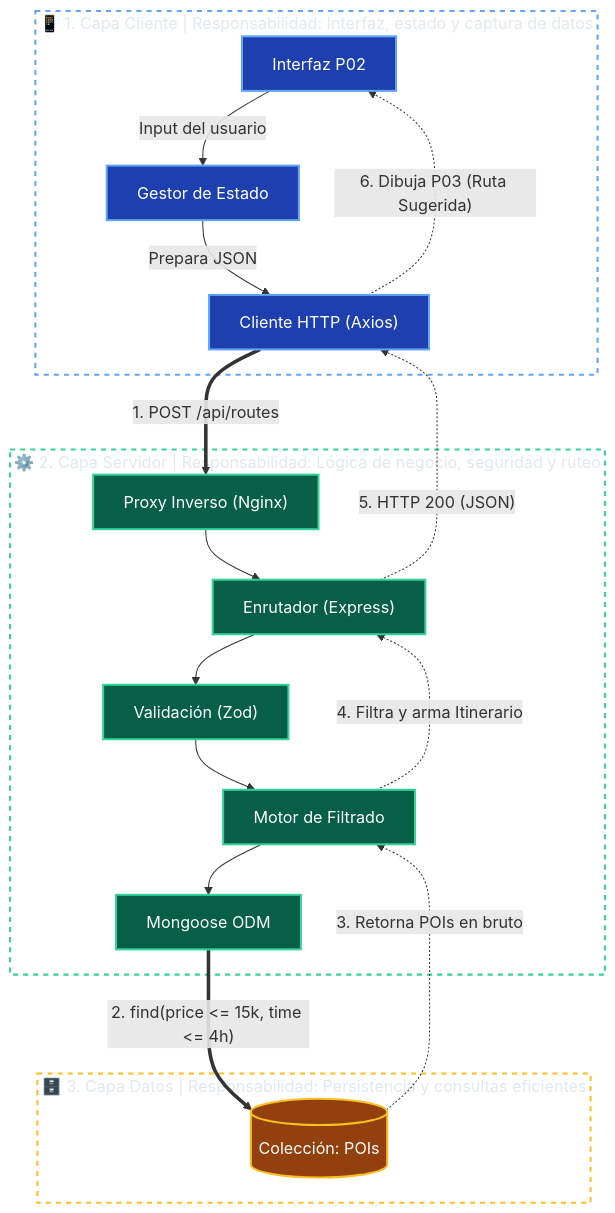
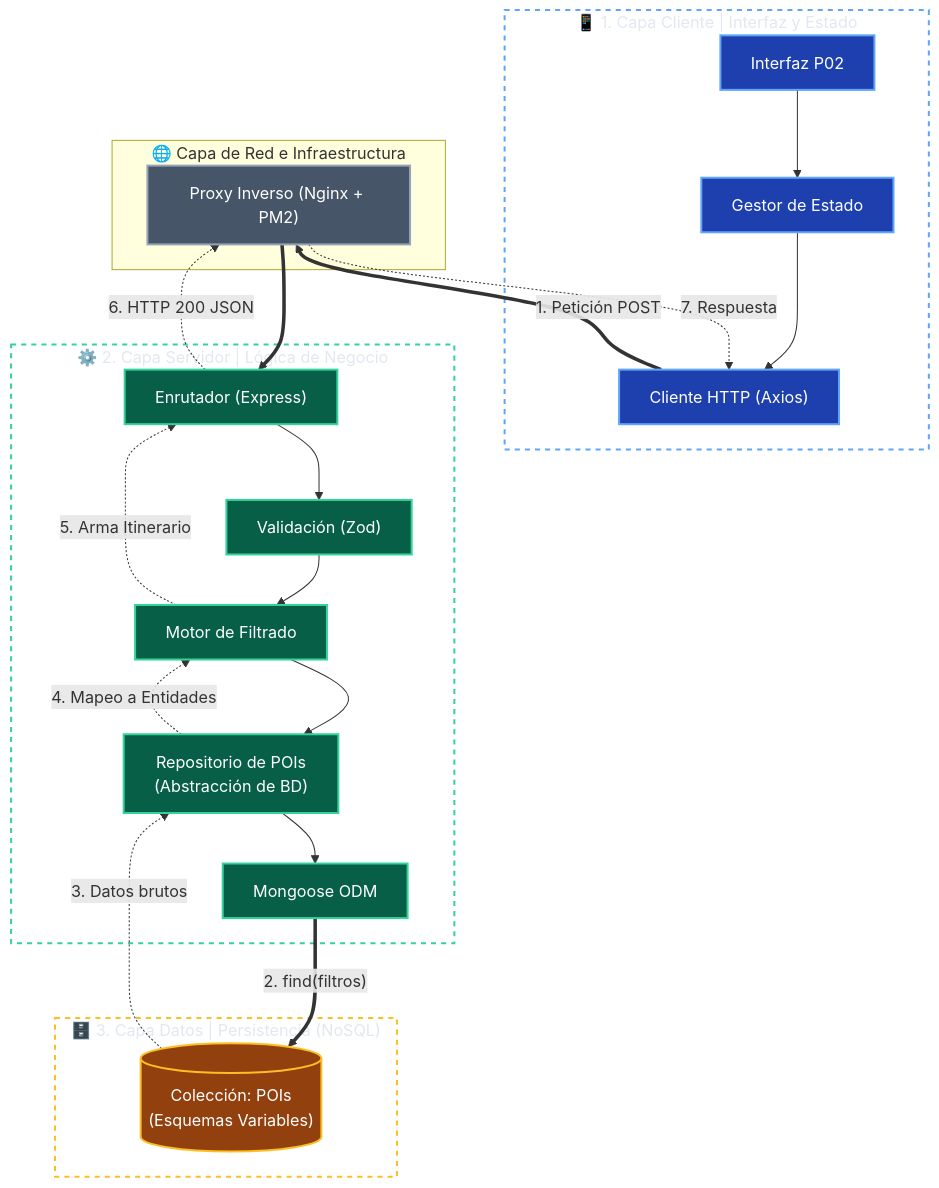
One commit to Sxnr/Santiago-Inteligente changed the diagram in Arquitectura_tecnica.md. Above: the diagram before and after it, drawn with Mermaid. The commit also changed 1 other file, not shown here.

Commit message:
Mejoras e Ajustes de las arquitecturas

````diff
--- a/Arquitectura_tecnica.md
+++ b/Arquitectura_tecnica.md
@@ -1,48 +1,47 @@
 ```mermaid
 graph TD
     classDef cliente fill:#1e40af,stroke:#60a5fa,stroke-width:2px,color:#fff
     classDef server fill:#065f46,stroke:#34d399,stroke-width:2px,color:#fff
     classDef bd fill:#92400e,stroke:#fbbf24,stroke-width:2px,color:#fff
+    classDef infra fill:#475569,stroke:#94a3b8,stroke-width:2px,color:#fff
 
-    subgraph CapaCliente ["📱 1. Capa Cliente | Responsabilidad: Interfaz, estado y captura de datos"]
+    subgraph CapaInfra ["🌐 Capa de Red e Infraestructura"]
+        Nginx["Proxy Inverso (Nginx + PM2)"]:::infra
+    end
+
+    subgraph CapaCliente ["📱 1. Capa Cliente | Interfaz y Estado"]
         UI["Interfaz P02"]:::cliente
         State["Gestor de Estado"]:::cliente
         HTTP["Cliente HTTP (Axios)"]:::cliente
-        UI -->|Input del usuario| State
-        State -->|Prepara JSON| HTTP
+        UI --> State --> HTTP
     end
 
-    subgraph CapaServer ["⚙️ 2. Capa Servidor | Responsabilidad: Lógica de negocio, seguridad y ruteo"]
-        Nginx["Proxy Inverso (Nginx)"]:::server
+    subgraph CapaServer ["⚙️ 2. Capa Servidor | Lógica de Negocio"]
         Router["Enrutador (Express)"]:::server
         Validator["Validación (Zod)"]:::server
         Controller["Motor de Filtrado"]:::server
+        Repo["Repositorio de POIs<br>(Abstracción de BD)"]:::server
         ODM["Mongoose ODM"]:::server
 
-        Nginx --> Router
-        Router --> Validator
-        Validator --> Controller
-        Controller --> ODM
+        Router --> Validator --> Controller --> Repo --> ODM
     end
 
-    subgraph CapaDatos ["🗄️ 3. Capa Datos | Responsabilidad: Persistencia y consultas eficientes"]
-        CollPOI[("Colección: POIs")]:::bd
+    subgraph CapaDatos ["🗄️ 3. Capa Datos | Persistencia (NoSQL)"]
+        CollPOI[("Colección: POIs<br>(Esquemas Variables)")]:::bd
     end
 
-    %% Recorrido del caso de uso (Ida)
-    HTTP == "1. POST /api/routes" ==> Nginx
-    ODM == "2. find(price <= 15k, time <= 4h)" ==> CollPOI
+    %% Flujo Integrado
+    HTTP == "1. Petición POST" ==> Nginx
+    Nginx ==> Router
+    ODM == "2. find(filtros)" ==> CollPOI
+    
+    CollPOI -. "3. Datos brutos" .-> Repo
+    Repo -. "4. Mapeo a Entidades" .-> Controller
+    Controller -. "5. Arma Itinerario" .-> Router
+    Router -. "6. HTTP 200 JSON" .-> Nginx
+    Nginx -. "7. Respuesta" .-> HTTP
 
-    %% Recorrido del caso de uso (Vuelta)
-    CollPOI -. "3. Retorna POIs en bruto" .-> Controller
-    Controller -. "4. Filtra y arma Itinerario" .-> Router
-    Router -. "5. HTTP 200 (JSON)" .-> HTTP
-    HTTP -. "6. Dibuja P03 (Ruta Sugerida)" .-> UI
-
-    %% Estilos invisibles
     style CapaCliente fill:none,stroke:#60a5fa,stroke-width:2px,stroke-dasharray: 5 5,color:#e2e8f0
     style CapaServer fill:none,stroke:#34d399,stroke-width:2px,stroke-dasharray: 5 5,color:#e2e8f0
-
     style CapaDatos fill:none,stroke:#fbbf24,stroke-width:2px,stroke-dasharray: 5 5,color:#e2e8f0
-    
 ```
````
